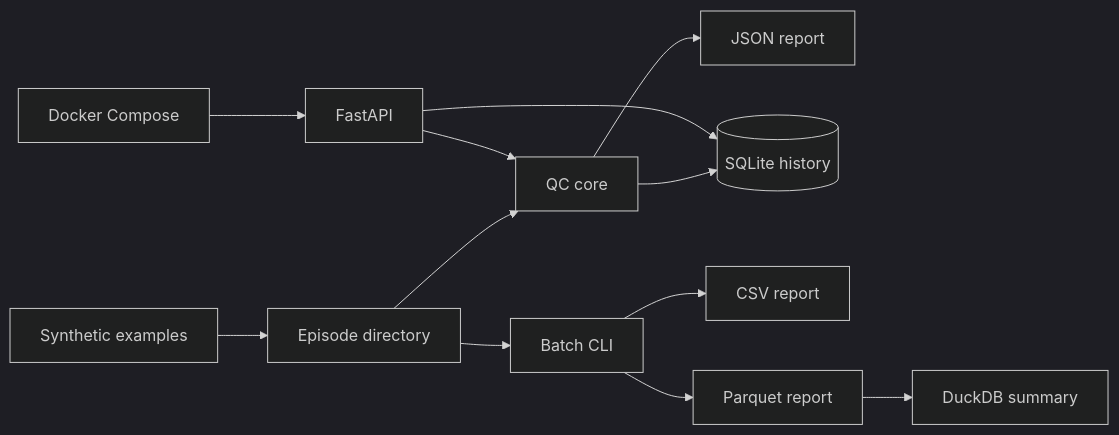
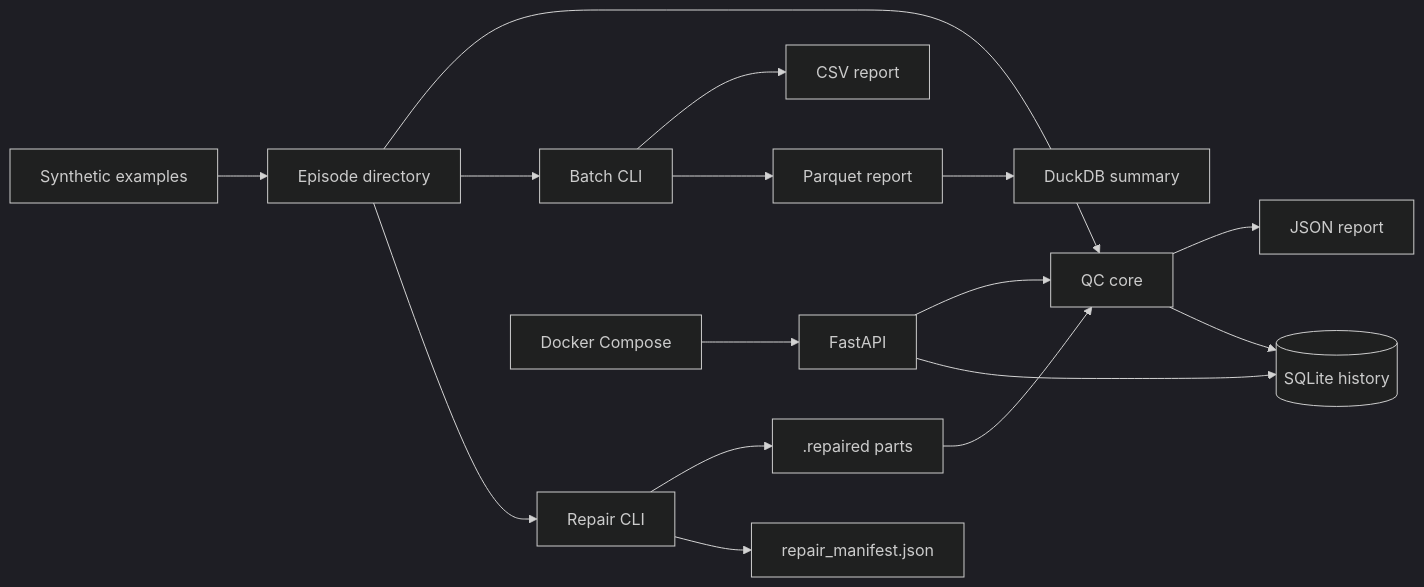
The diagram in README.md (TJchao/FR3-Episode-Qc), drawn with Mermaid (dark theme) before and after one commit. The commit also changed other lines of this file and 14 other files, not shown here.

````diff
--- a/README.md
+++ b/README.md
@@ -97,14 +119,18 @@
 ```mermaid
 flowchart LR
     A[Episode directory] --> B[QC core]
     B --> C[JSON report]
     B --> D[(SQLite history)]
     E[FastAPI] --> B
     E --> D
     A --> H[Batch CLI]
     H --> I[CSV report]
     H --> J[Parquet report]
     J --> K[DuckDB summary]
+    A --> L[Repair CLI]
+    L --> M[.repaired parts]
+    L --> N[repair_manifest.json]
+    M --> B
     F[Docker Compose] --> E
     G[Synthetic examples] --> A
 ```
````
